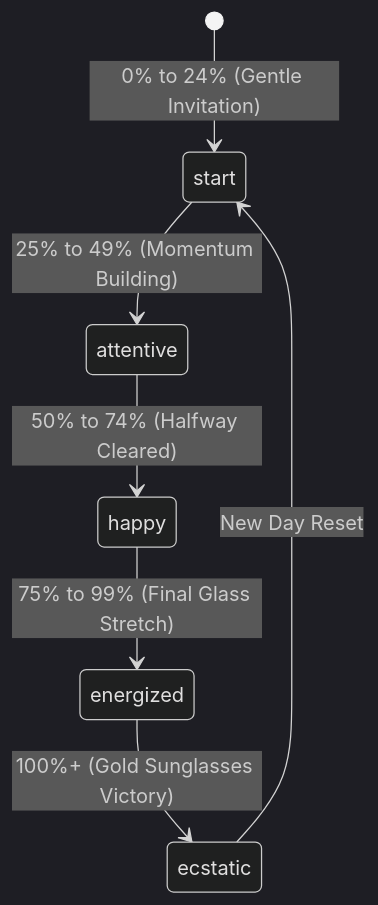
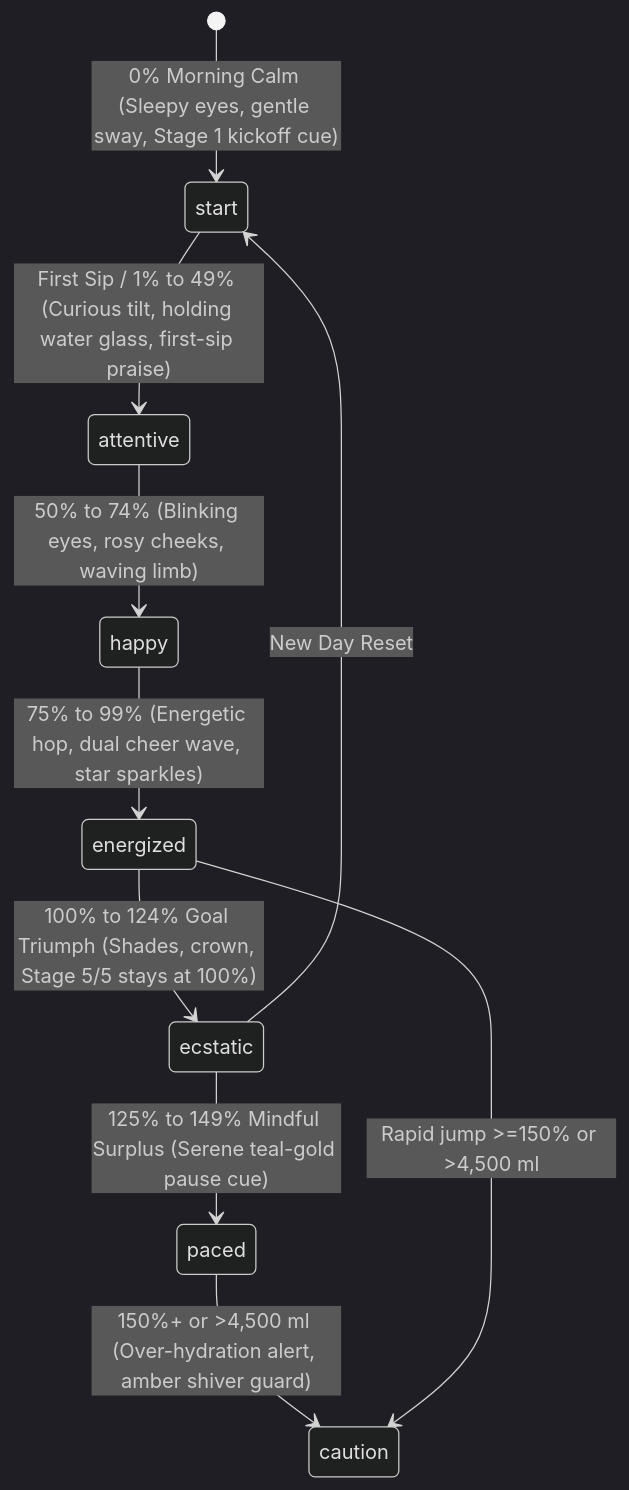
Before and after one commit to parthibcpana/IDAI102-1000544-PARTH-PARVINBHAI-GAJERA: the sixth of 7 diagrams in README.md, drawn with Mermaid (dark theme). The commit also changed other lines of this file and 23 other files, not shown here.

Commit message:
feat(FA2): integrate 3D visual assets, timeline analytics, and updated screenshots

````diff
--- a/README.md
+++ b/README.md
@@ -236,9 +236,12 @@
 ```mermaid
 stateDiagram-v2
-    [*] --> start: 0% to 24% (Gentle Invitation)
-    start --> attentive: 25% to 49% (Momentum Building)
-    attentive --> happy: 50% to 74% (Halfway Cleared)
-    happy --> energized: 75% to 99% (Final Glass Stretch)
-    energized --> ecstatic: 100%+ (Gold Sunglasses Victory)
+    [*] --> start: 0% Morning Calm (Sleepy eyes, gentle sway, Stage 1 kickoff cue)
+    start --> attentive: First Sip / 1% to 49% (Curious tilt, holding water glass, first-sip praise)
+    attentive --> happy: 50% to 74% (Blinking eyes, rosy cheeks, waving limb)
+    happy --> energized: 75% to 99% (Energetic hop, dual cheer wave, star sparkles)
+    energized --> ecstatic: 100% to 124% Goal Triumph (Shades, crown, Stage 5/5 stays at 100%)
+    ecstatic --> paced: 125% to 149% Mindful Surplus (Serene teal-gold pause cue)
+    paced --> caution: 150%+ or >4,500 ml (Over-hydration alert, amber shiver guard)
+    energized --> caution: Rapid jump >=150% or >4,500 ml
     ecstatic --> start: New Day Reset
 ```
````
